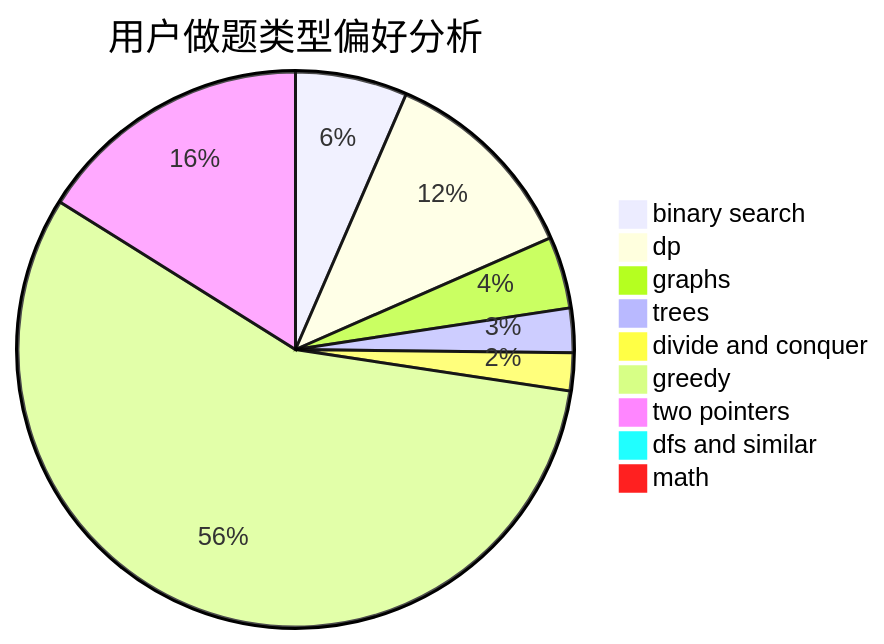
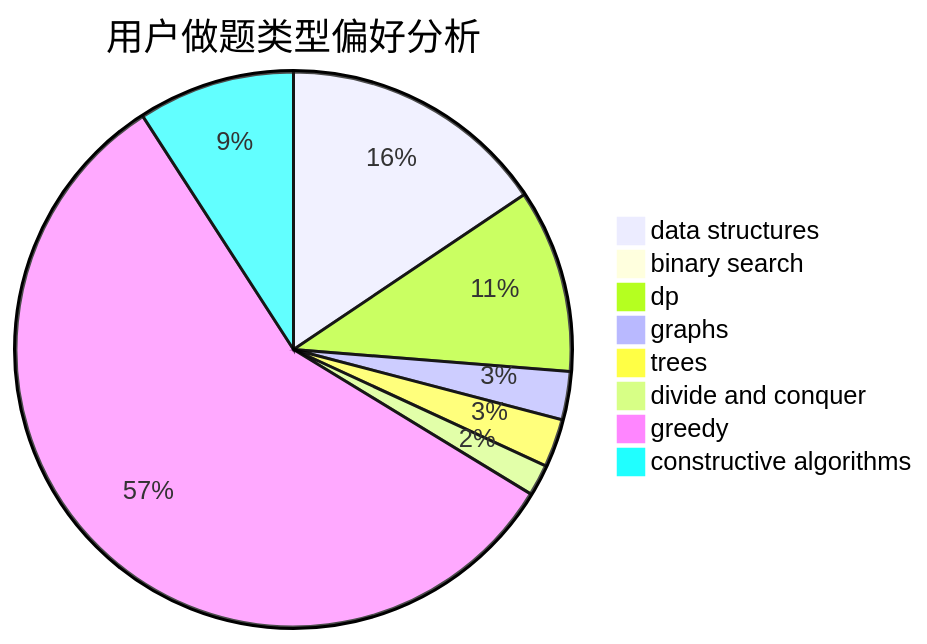
The second of 3 diagrams in docs/user/u1655.md (sherpahu/cfrs.github.io), drawn with Mermaid before and after one commit. The commit also changed other lines of this file and 2775 other files, not shown here.

````diff
--- a/docs/user/u1655.md
+++ b/docs/user/u1655.md
@@ -23,12 +23,11 @@
 ```mermaid
 pie title 用户做题类型偏好分析
-    "binary search" :  53
-    "dp" :  97
-    "graphs" :  34
-    "trees" :  21
-    "divide and conquer" :  18
-    "greedy" :  460
-    "two pointers" :  131
-    "dfs and similar" :  7
-    "math" :  7
+    "data structures" :  111
+    "binary search" :  0
+    "dp" :  76
+    "graphs" :  20
+    "trees" :  20
+    "divide and conquer" :  13
+    "greedy" :  407
+    "constructive algorithms" :  65
 ```
````
